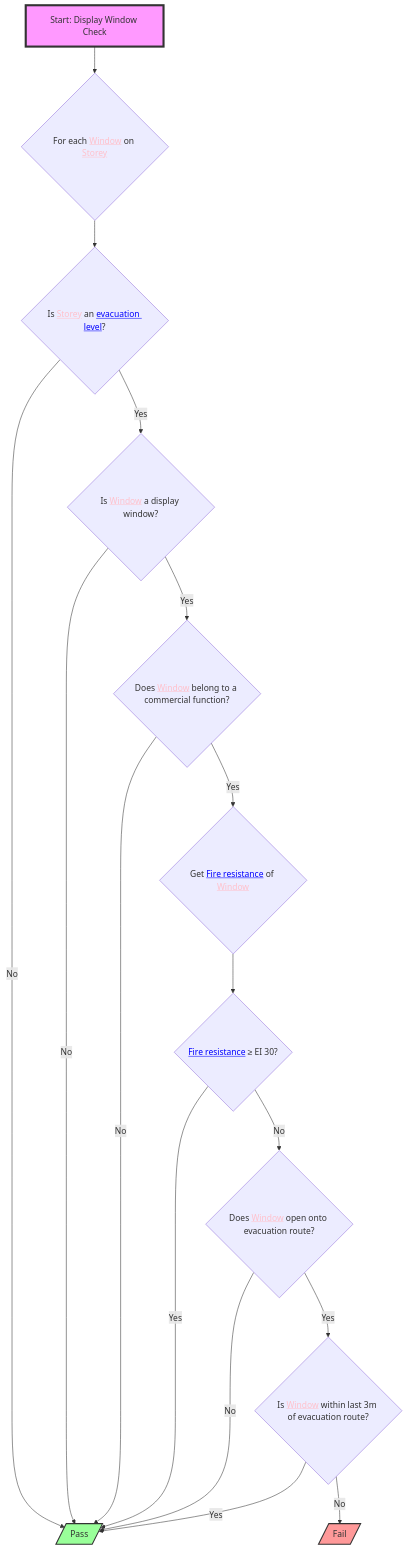
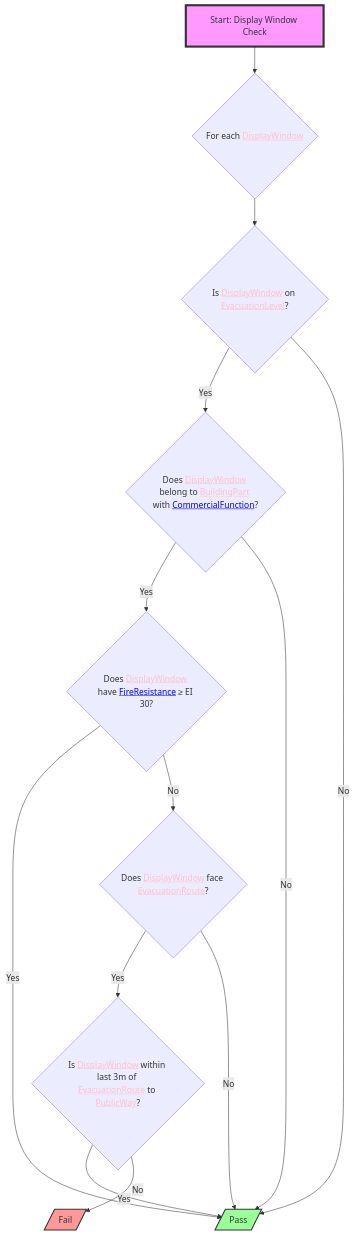
One commit to CedricDriesen92/RulebookProcessing changed the diagram in mmddiagrams/section_4_4_2.mmd. Above: the diagram before and after it, drawn with Mermaid. The commit also changed 16 other files, not shown here.

```diff
--- a/mmddiagrams/section_4_4_2.mmd
+++ b/mmddiagrams/section_4_4_2.mmd
@@ -1,22 +1,21 @@
 flowchart TD
-    S1["Start: Display Window Check"] --> A{"For each <a href='http://example.com/firebimbuilding#Window' style='color:pink;'>Window</a> on <a href='http://example.com/firebimbuilding#Storey' style='color:pink;'>Storey</a>"}
-    A --> B{"Is <a href='http://example.com/firebimbuilding#Storey' style='color:pink;'>Storey</a> an <a href='http://example.com/firebimbuilding#IsEvacuationLevel' style='color:blue;'>evacuation level</a>?"}
-    B -- No --> C[/"Pass"/]
-    B -- Yes --> D{"Is <a href='http://example.com/firebimbuilding#Window' style='color:pink;'>Window</a> a display window?"}
-    D -- No --> C
-    D -- Yes --> E{"Does <a href='http://example.com/firebimbuilding#Window' style='color:pink;'>Window</a> belong to a commercial function?"}
-    E -- No --> C
-    E -- Yes --> F{"Get <a href='http://example.com/firebimbuilding#FireResistance' style='color:blue;'>Fire resistance</a> of <a href='http://example.com/firebimbuilding#Window' style='color:pink;'>Window</a>"}
-    F --> G{"<a href='http://example.com/firebimbuilding#FireResistance' style='color:blue;'>Fire resistance</a> ≥ EI 30?"}
-    G -- Yes --> C
-    G -- No --> H{"Does <a href='http://example.com/firebimbuilding#Window' style='color:pink;'>Window</a> open onto evacuation route?"}
-    H -- No --> C
-    H -- Yes --> I{"Is <a href='http://example.com/firebimbuilding#Window' style='color:pink;'>Window</a> within last 3m of evacuation route?"}
-    I -- Yes --> C
-    I -- No --> J[/"Fail"/]
+    S1["Start: Display Window Check"] --> A{"For each <a href='http://example.com/firebimbuilding#DisplayWindow' style='color:pink;'>DisplayWindow</a>"}
+    A --> B{"Is <a href='http://example.com/firebimbuilding#DisplayWindow' style='color:pink;'>DisplayWindow</a> on <a href='http://example.com/firebimbuilding#EvacuationLevel' style='color:pink;'>EvacuationLevel</a>?"}
+    B -- Yes --> C{"Does <a href='http://example.com/firebimbuilding#DisplayWindow' style='color:pink;'>DisplayWindow</a> belong to <a href='http://example.com/firebimbuilding#BuildingPart' style='color:pink;'>BuildingPart</a> with <a href='http://example.com/firebimbuilding#CommercialFunction' style='color:blue;'>CommercialFunction</a>?"}
+    C -- Yes --> D{"Does <a href='http://example.com/firebimbuilding#DisplayWindow' style='color:pink;'>DisplayWindow</a> have <a href='http://example.com/firebimbuilding#FireResistance' style='color:blue;'>FireResistance</a> ≥ EI 30?"}
+    D -- Yes --> E[/"Pass"/]
+    D -- No --> F{"Does <a href='http://example.com/firebimbuilding#DisplayWindow' style='color:pink;'>DisplayWindow</a> face <a href='http://example.com/firebimbuilding#EvacuationRoute' style='color:pink;'>EvacuationRoute</a>?"}
+    F -- Yes --> G{"Is <a href='http://example.com/firebimbuilding#DisplayWindow' style='color:pink;'>DisplayWindow</a> within last 3m of <a href='http://example.com/firebimbuilding#EvacuationRoute' style='color:pink;'>EvacuationRoute</a> to <a href='http://example.com/firebimbuilding#PublicWay' style='color:pink;'>PublicWay</a>?"}
+    G -- Yes --> E
+    G -- No --> H[/"Fail"/]
+    F -- No --> E
+    C -- No --> E
+    B -- No --> E
+
     S1:::startClass
-    C:::passClass
-    J:::failClass
+    E:::passClass
+    H:::failClass
+
     classDef startClass fill:#f9f,stroke:#333,stroke-width:4px
     classDef passClass fill:#9f9,stroke:#333,stroke-width:2px
     classDef failClass fill:#f99,stroke:#333,stroke-width:2px
```
